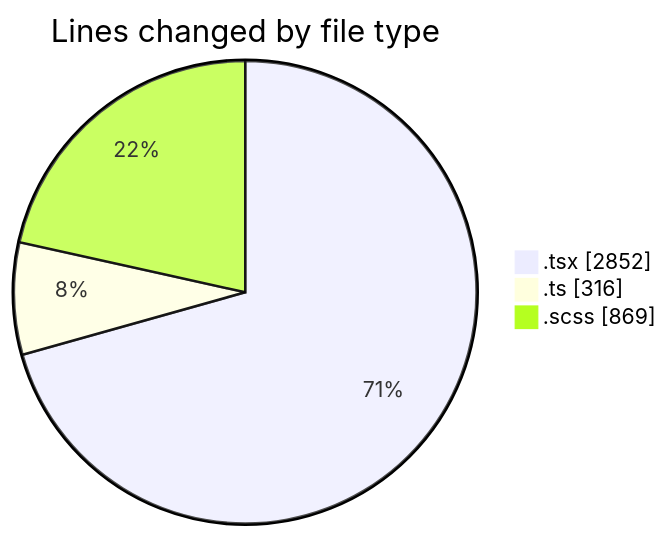
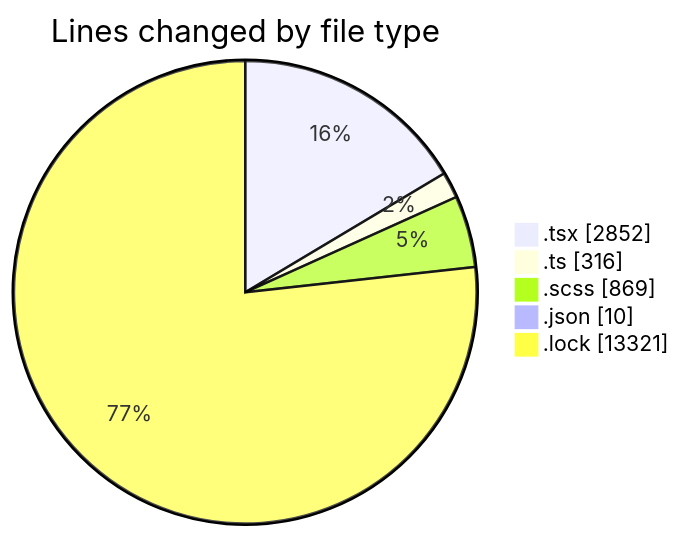
One commit to momahboobian/code-tracking changed the first of 2 diagrams in 2025-02-12/cda/README.md. Above: the diagram before and after it, drawn with Mermaid. The commit also changed other lines of this file and 1 other file, not shown here.

````diff
--- a/2025-02-12/cda/README.md
+++ b/2025-02-12/cda/README.md
@@ -31,7 +33,9 @@
 ```mermaid
 pie showData
 title Lines changed by file type
 ".tsx" : 2852
 ".ts" : 316
 ".scss" : 869
+".json" : 10
+".lock" : 13321
 ```
````
